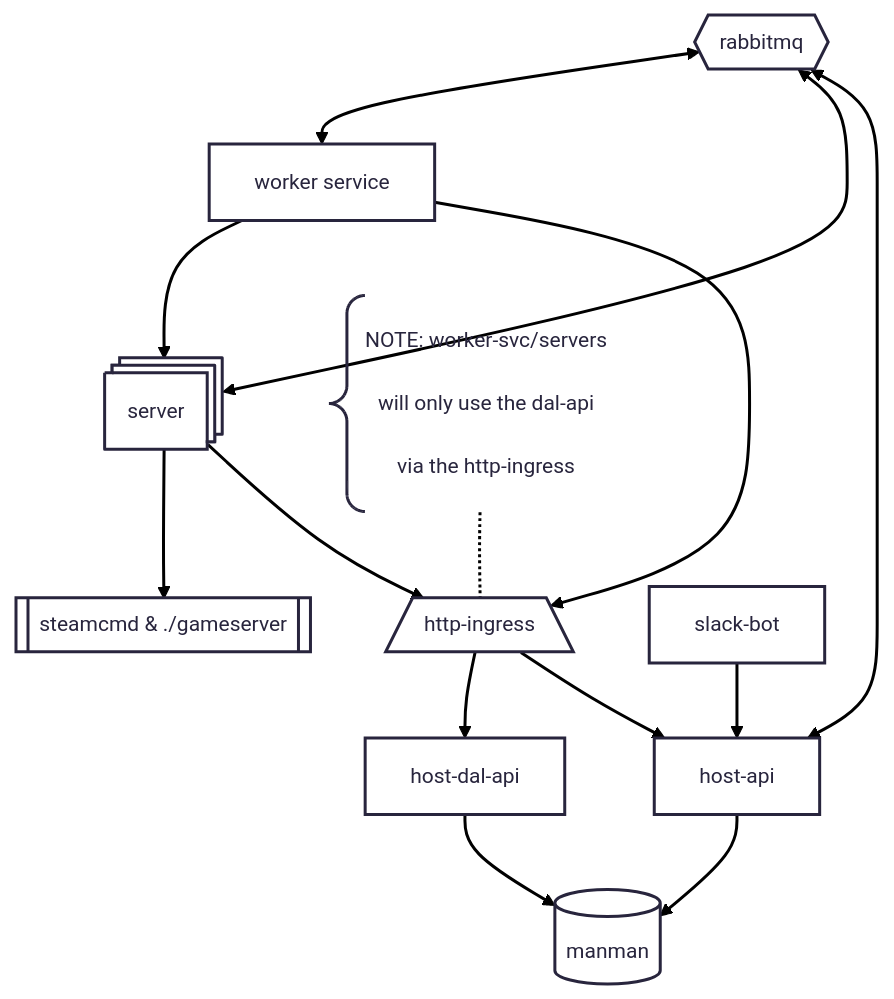
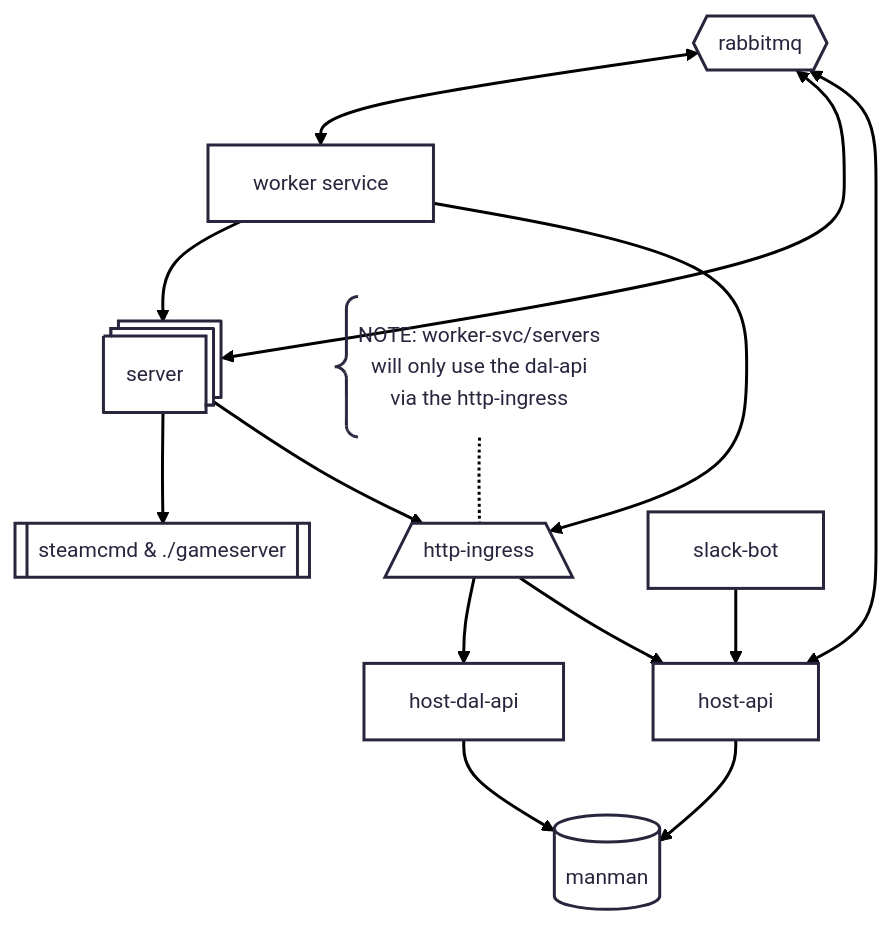
One commit to whale-net/manman changed the diagram in README.md. Above: the diagram before and after it, drawn with Mermaid.

````diff
--- a/README.md
+++ b/README.md
@@ -19,35 +19,33 @@
 ```mermaid
 ---
 config:
   theme: redux
 ---
 graph TD
     worker-svc["worker service"]
     servers["server"]@{ shape: procs}
     server-subproc["steamcmd & ./gameserver"]@{ shape: subproc}
 
     worker-svc --> servers --> server-subproc
 
     http-ingress[/"http-ingress"\]
     host-api["host-api"]
     host-dal-api["host-dal-api"]
     worker-svc & servers --> http-ingress --> host-dal-api
     http-ingress --> host-api
 
-    http-ingress-comment["NOTE: worker-svc/servers<br>
-    will only use the dal-api<br>
-    via the http-ingress"]@{ shape: comment }
+    http-ingress-comment["NOTE: worker-svc/servers<br>will only use the dal-api<br>via the http-ingress"]@{ shape: comment }
 
     http-ingress-comment -.- http-ingress
 
     database["manman"]@{ shape: db}
     host-api & host-dal-api --> database
 
     rmq{{"rabbitmq"}}
     rmq <--> worker-svc & servers & host-api
 
 
     slack-bot["slack-bot"]
     slack-bot --> host-api
 
 ```
````
